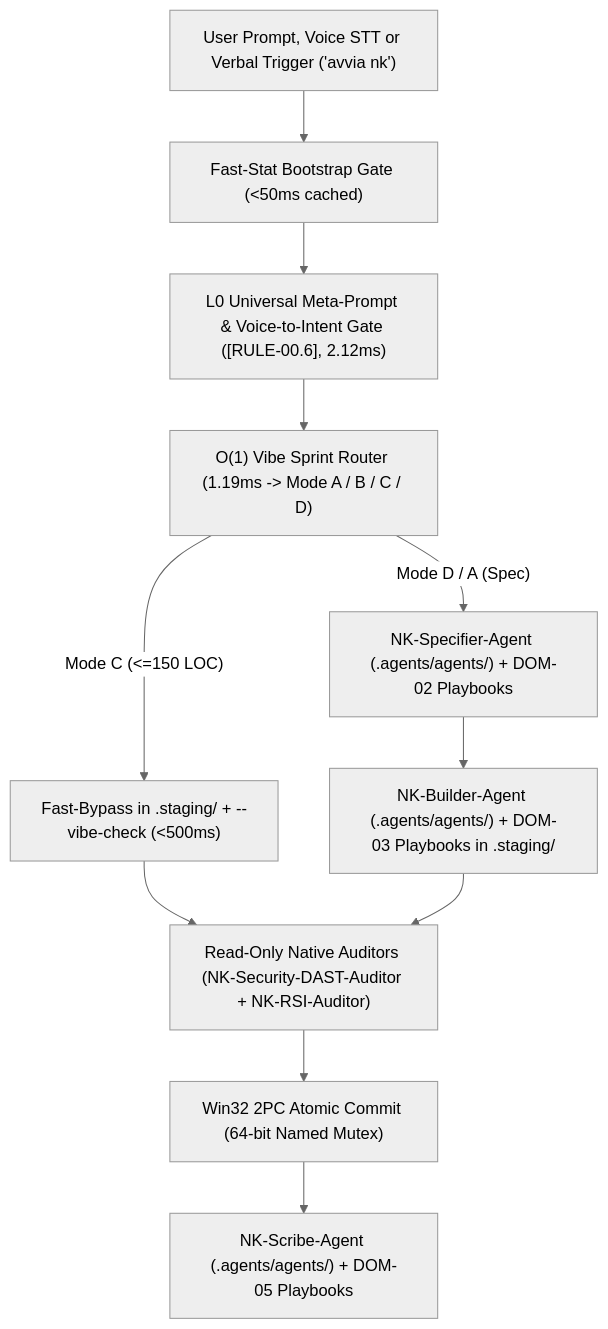
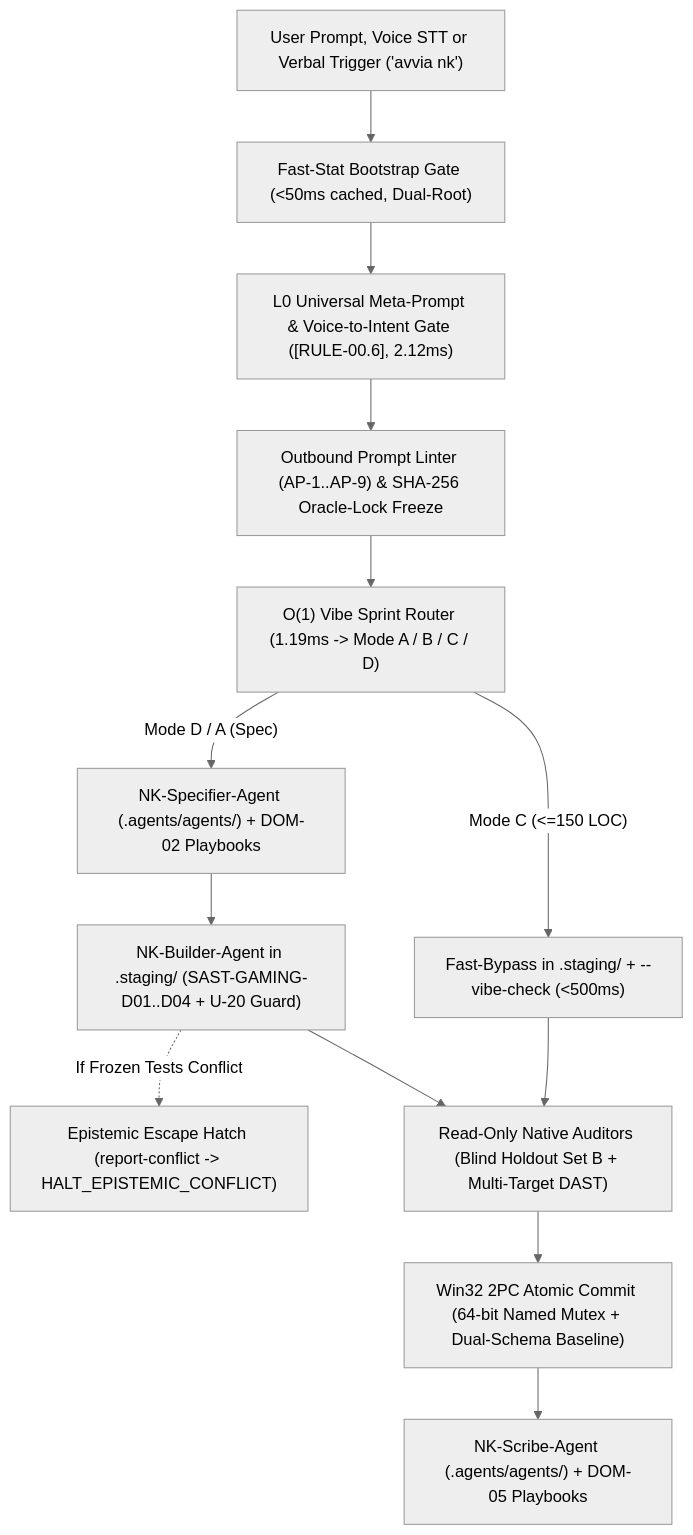
One commit to erbaldo86/NK-Hub changed the first of 2 diagrams in README.md. Above: the diagram before and after it, drawn with Mermaid (neutral theme). The commit also changed other lines of this file and 46 other files, not shown here.

Commit message:
feat(hub): release v4.4.0-STE100-Unified Triad-RSI & Epistemic Honesty

````diff
--- a/README.md
+++ b/README.md
@@ -83,13 +109,15 @@
 ```mermaid
 flowchart TD
-    U["User Prompt, Voice STT or Verbal Trigger ('avvia nk')"] --> B["Fast-Stat Bootstrap Gate (<50ms cached)"]
+    U["User Prompt, Voice STT or Verbal Trigger ('avvia nk')"] --> B["Fast-Stat Bootstrap Gate (<50ms cached, Dual-Root)"]
     B --> G0["L0 Universal Meta-Prompt & Voice-to-Intent Gate ([RULE-00.6], 2.12ms)"]
-    G0 --> R["O(1) Vibe Sprint Router (1.19ms -> Mode A / B / C / D)"]
+    G0 --> LINT["Outbound Prompt Linter (AP-1..AP-9) & SHA-256 Oracle-Lock Freeze"]
+    LINT --> R["O(1) Vibe Sprint Router (1.19ms -> Mode A / B / C / D)"]
     R -->|"Mode C (<=150 LOC)"| FB["Fast-Bypass in .staging/ + --vibe-check (<500ms)"]
     R -->|"Mode D / A (Spec)"| A1["NK-Specifier-Agent (.agents/agents/) + DOM-02 Playbooks"]
-    A1 --> A2["NK-Builder-Agent (.agents/agents/) + DOM-03 Playbooks in .staging/"]
-    FB --> A3["Read-Only Native Auditors (NK-Security-DAST-Auditor + NK-RSI-Auditor)"]
+    A1 --> A2["NK-Builder-Agent in .staging/ (SAST-GAMING-D01..D04 + U-20 Guard)"]
+    A2 -.->|"If Frozen Tests Conflict"| EH["Epistemic Escape Hatch (report-conflict -> HALT_EPISTEMIC_CONFLICT)"]
+    FB --> A3["Read-Only Native Auditors (Blind Holdout Set B + Multi-Target DAST)"]
     A2 --> A3
-    A3 --> C["Win32 2PC Atomic Commit (64-bit Named Mutex)"]
+    A3 --> C["Win32 2PC Atomic Commit (64-bit Named Mutex + Dual-Schema Baseline)"]
     C --> A4["NK-Scribe-Agent (.agents/agents/) + DOM-05 Playbooks"]
 ```
````
